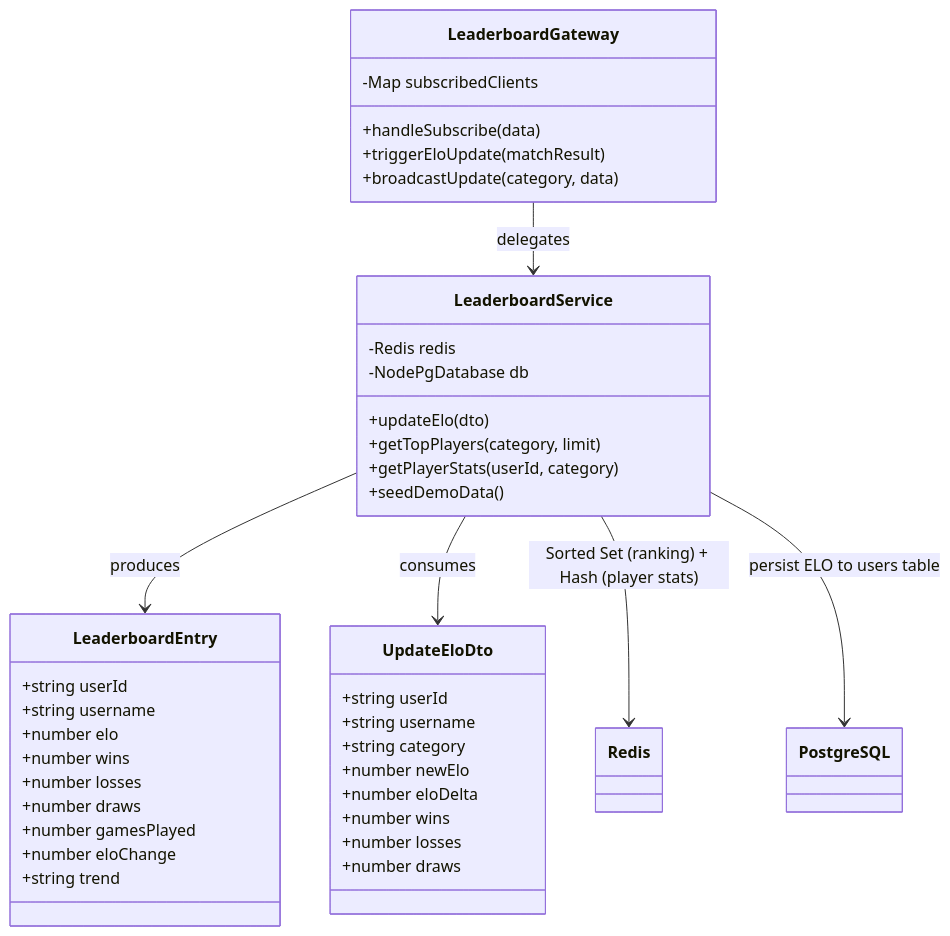
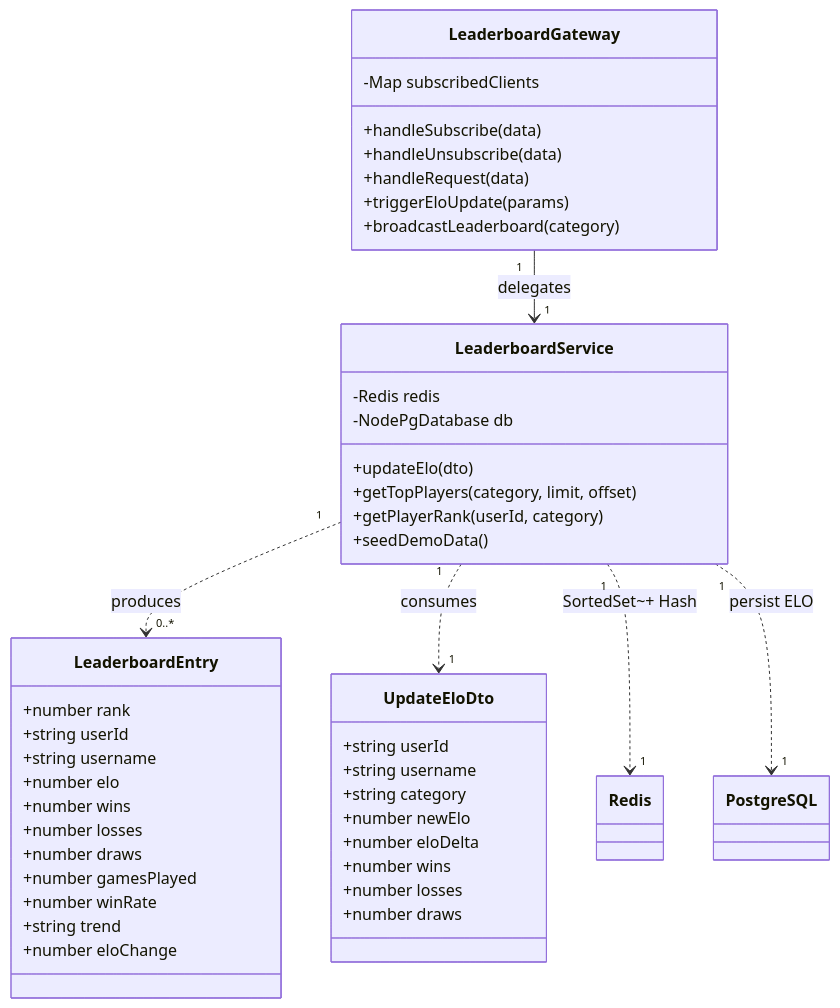
Before and after one commit to legiabao0907/web-chess-real-time: the seventh of 10 diagrams in docs/class-and-package-diagrams.md, drawn with Mermaid. The commit also changed other lines of this file, not shown here.

````diff
--- a/docs/class-and-package-diagrams.md
+++ b/docs/class-and-package-diagrams.md
@@ -653,49 +944,53 @@
 ```mermaid
 classDiagram
     direction TB
 
     class LeaderboardGateway {
         -Map subscribedClients
         +handleSubscribe(data)
-        +triggerEloUpdate(matchResult)
-        +broadcastUpdate(category, data)
+        +handleUnsubscribe(data)
+        +handleRequest(data)
+        +triggerEloUpdate(params)
+        +broadcastLeaderboard(category)
     }
 
     class LeaderboardService {
         -Redis redis
         -NodePgDatabase db
         +updateElo(dto)
-        +getTopPlayers(category, limit)
-        +getPlayerStats(userId, category)
+        +getTopPlayers(category, limit, offset)
+        +getPlayerRank(userId, category)
         +seedDemoData()
     }
 
     class LeaderboardEntry {
+        +number rank
         +string userId
         +string username
         +number elo
         +number wins
         +number losses
         +number draws
         +number gamesPlayed
+        +number winRate
+        +string trend
         +number eloChange
-        +string trend
     }
 
     class UpdateEloDto {
         +string userId
         +string username
         +string category
         +number newElo
         +number eloDelta
         +number wins
         +number losses
         +number draws
     }
 
-    LeaderboardGateway --> LeaderboardService : delegates
-    LeaderboardService --> LeaderboardEntry : produces
-    LeaderboardService --> UpdateEloDto : consumes
-    LeaderboardService --> Redis : Sorted Set (ranking) + Hash (player stats)
-    LeaderboardService --> PostgreSQL : persist ELO to users table
+    LeaderboardGateway "1" --> "1" LeaderboardService : delegates
+    LeaderboardService "1" ..> "0..*" LeaderboardEntry : produces
+    LeaderboardService "1" ..> "1" UpdateEloDto : consumes
+    LeaderboardService "1" ..> "1" Redis : SortedSet~+ Hash
+    LeaderboardService "1" ..> "1" PostgreSQL : persist ELO
 ```
````
